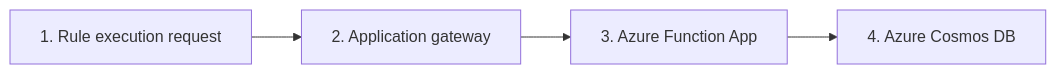
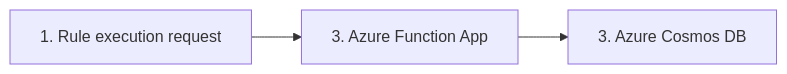
One commit to solfridhj/rule-engine changed the diagram in README.md. Above: the diagram before and after it, drawn with Mermaid. The commit also changed other lines of this file and 1 other file, not shown here.

````diff
--- a/README.md
+++ b/README.md
@@ -11,7 +23,6 @@
 ```mermaid
   flowchart LR;
-      A[1. Rule execution request] --> B[2. Application gateway];
-      B --> C[3. Azure Function App]
-      C --> D[4. Azure Cosmos DB]
+      A[1. Rule execution request] --> B[3. Azure Function App];
+      B --> C[3. Azure Cosmos DB]
       
 ```
````
